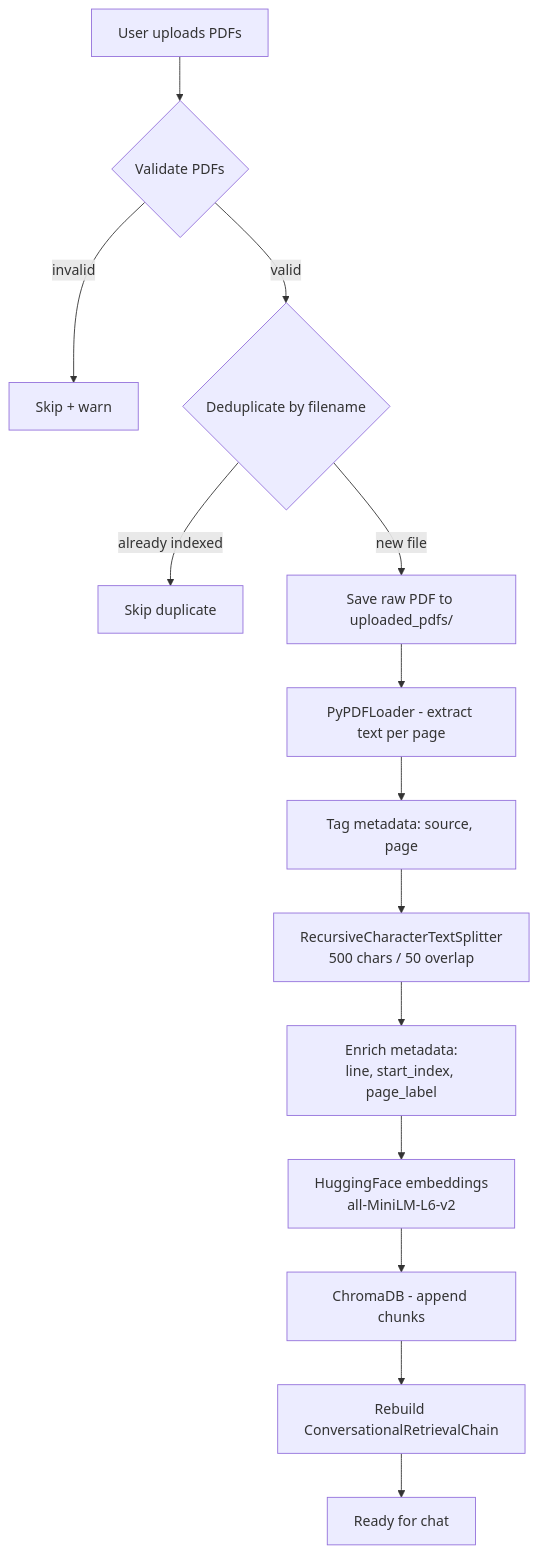
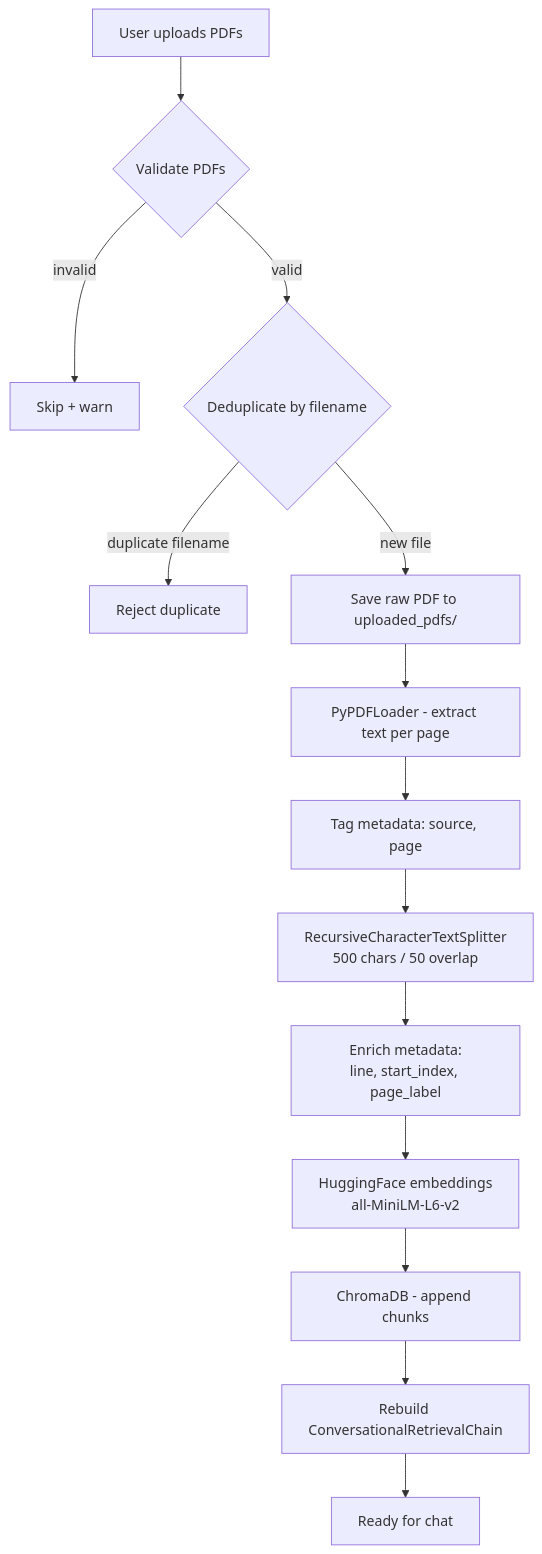
The second of 3 diagrams in docs/DESIGN.md (Rutujadb/Multi-PDF-ChatBot), drawn with Mermaid before and after one commit. The commit also changed other lines of this file and 2 other files, not shown here.

````diff
--- a/docs/DESIGN.md
+++ b/docs/DESIGN.md
@@ -109,16 +109,16 @@
 ```mermaid
 flowchart TB
     A[User uploads PDFs] --> B{Validate PDFs}
     B -->|invalid| X[Skip + warn]
     B -->|valid| C{Deduplicate by filename}
-    C -->|already indexed| Y[Skip duplicate]
+    C -->|duplicate filename| Y[Reject duplicate]
     C -->|new file| D[Save raw PDF to uploaded_pdfs/]
     D --> E[PyPDFLoader - extract text per page]
     E --> F[Tag metadata: source, page]
     F --> G[RecursiveCharacterTextSplitter\n500 chars / 50 overlap]
     G --> H[Enrich metadata:\nline, start_index, page_label]
     H --> I[HuggingFace embeddings\nall-MiniLM-L6-v2]
     I --> J[ChromaDB - append chunks]
     J --> K[Rebuild ConversationalRetrievalChain]
     K --> L[Ready for chat]
 ```
````
